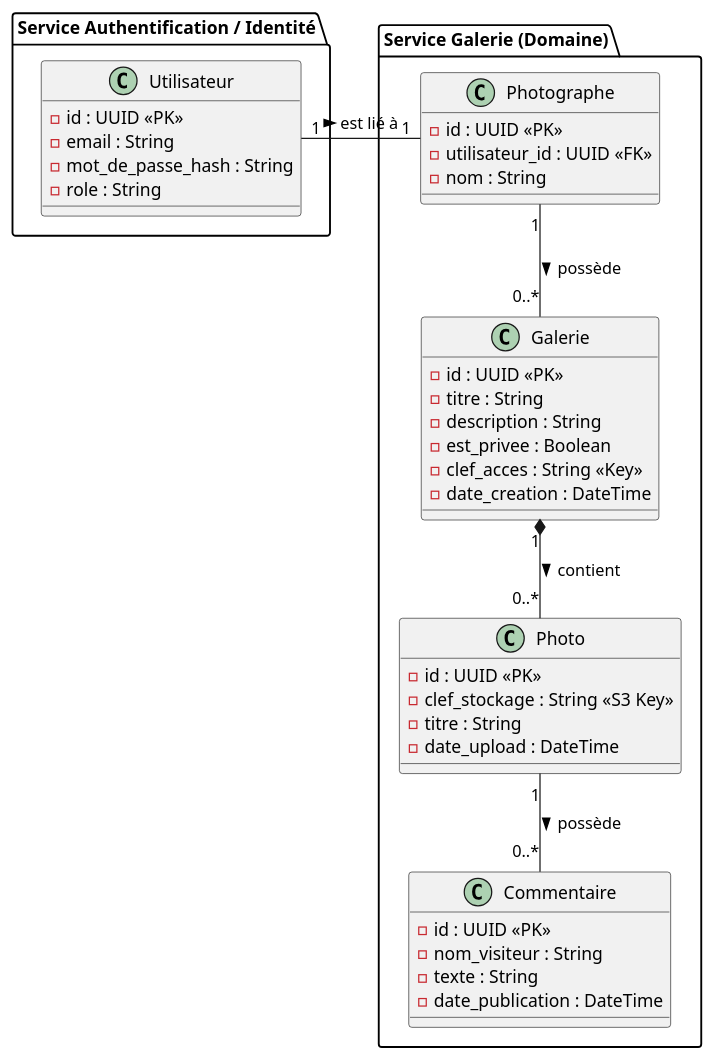
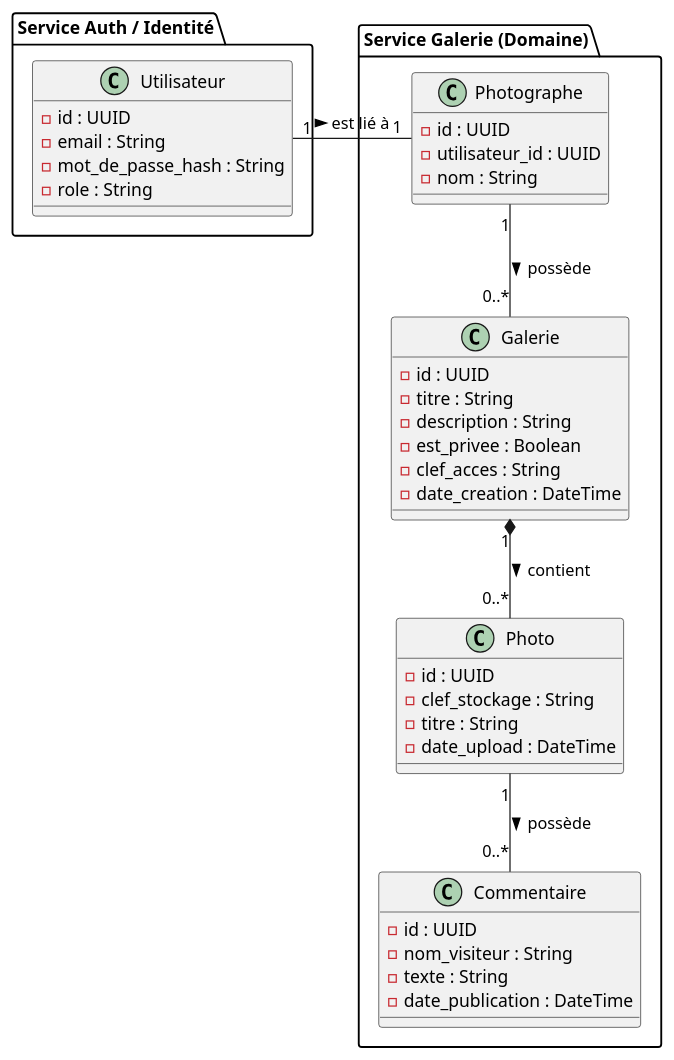
The diagram in PhotoProUML.puml (BaptisteDelaborde/PhotoPro), drawn with PlantUML before and after one commit.

```diff
--- a/PhotoProUML.puml
+++ b/PhotoProUML.puml
@@ -1,50 +1,48 @@
 @startuml
-package "Service Authentification / Identité" {
+package "Service Auth / Identité" {
     class Utilisateur {
-        - id : UUID <<PK>>
+        - id : UUID
         - email : String
         - mot_de_passe_hash : String
         - role : String
     }
 }
 
 package "Service Galerie (Domaine)" {
     class Photographe {
-        - id : UUID <<PK>>
-        - utilisateur_id : UUID <<FK>>
+        - id : UUID
+        - utilisateur_id : UUID
         - nom : String
     }
 
     class Galerie {
-        - id : UUID <<PK>>
+        - id : UUID
         - titre : String
         - description : String
         - est_privee : Boolean
-        - clef_acces : String <<Key>>
+        - clef_acces : String
         - date_creation : DateTime
     }
 
     class Photo {
-        - id : UUID <<PK>>
-        - clef_stockage : String <<S3 Key>>
+        - id : UUID
+        - clef_stockage : String
         - titre : String
         - date_upload : DateTime
     }
 
     class Commentaire {
-        - id : UUID <<PK>>
+        - id : UUID
         - nom_visiteur : String
         - texte : String
         - date_publication : DateTime
     }
 }
 
-' Relations inter-services (conceptuelles)
 Utilisateur "1" -right- "1" Photographe : est lié à >
 
-' Relations internes au domaine
 Photographe "1" -- "0..*" Galerie : possède >
 Galerie "1" *-- "0..*" Photo : contient >
 Photo "1" -- "0..*" Commentaire : possède >
 
 @enduml
```
